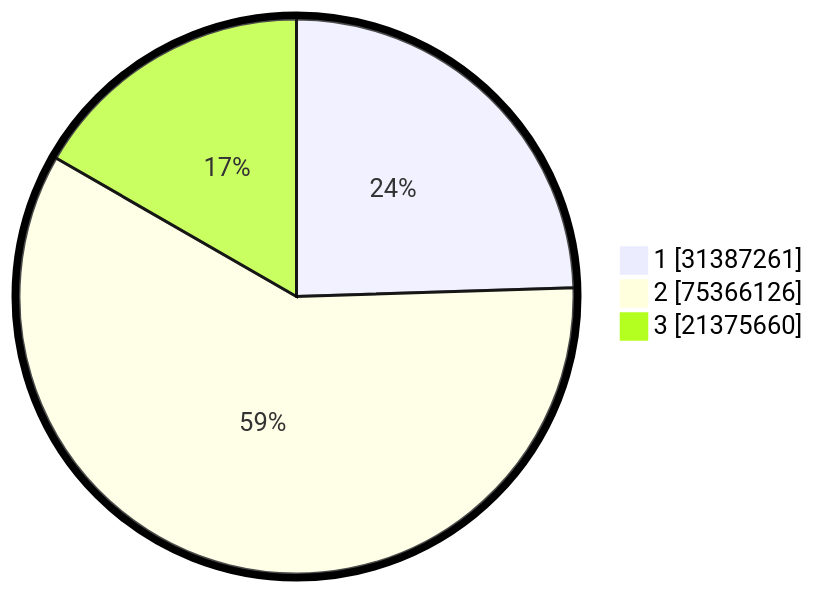
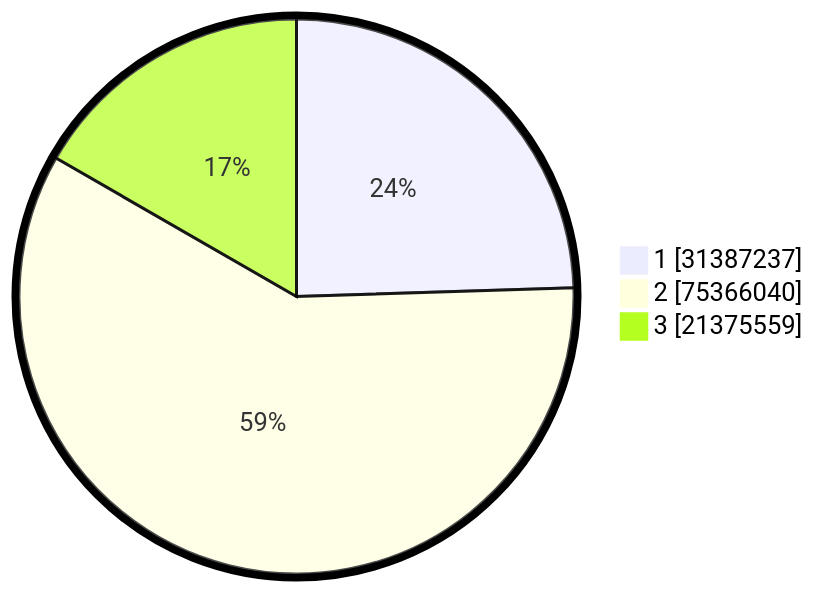
Before and after one commit to gigit-pemilu/pemilu-2024: the second of 2 diagrams in pilpres/hitung-suara/README.md, drawn with Mermaid. The commit also changed other lines of this file and 7 other files, not shown here.

````diff
--- a/pilpres/hitung-suara/README.md
+++ b/pilpres/hitung-suara/README.md
@@ -93,7 +93,7 @@
 ```mermaid
 %%{init: {"pie": {"textPosition": 0.5}, "themeVariables": {"pieOuterStrokeWidth": "5px"}} }%%
 pie showData
-    "1" : 31387261
-    "2" : 75366126
-    "3" : 21375660
+    "1" : 31387237
+    "2" : 75366040
+    "3" : 21375559
 ```
````
